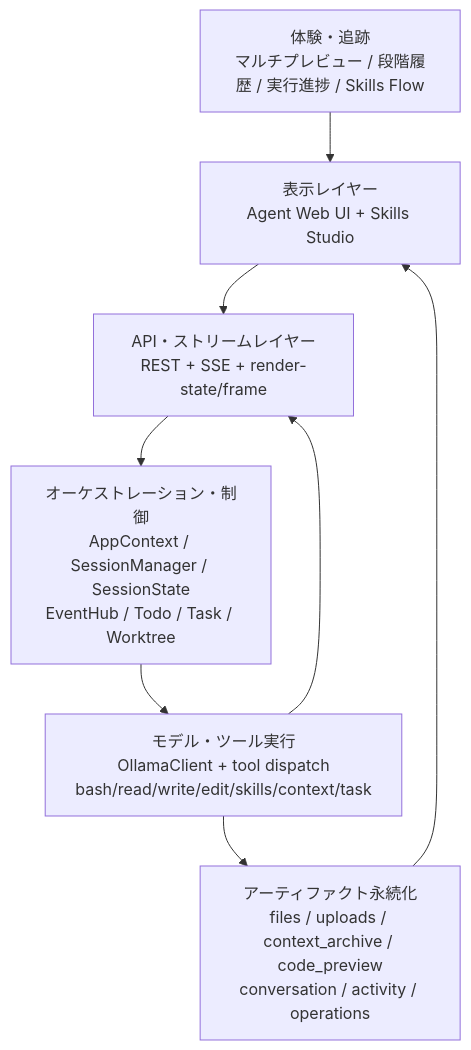
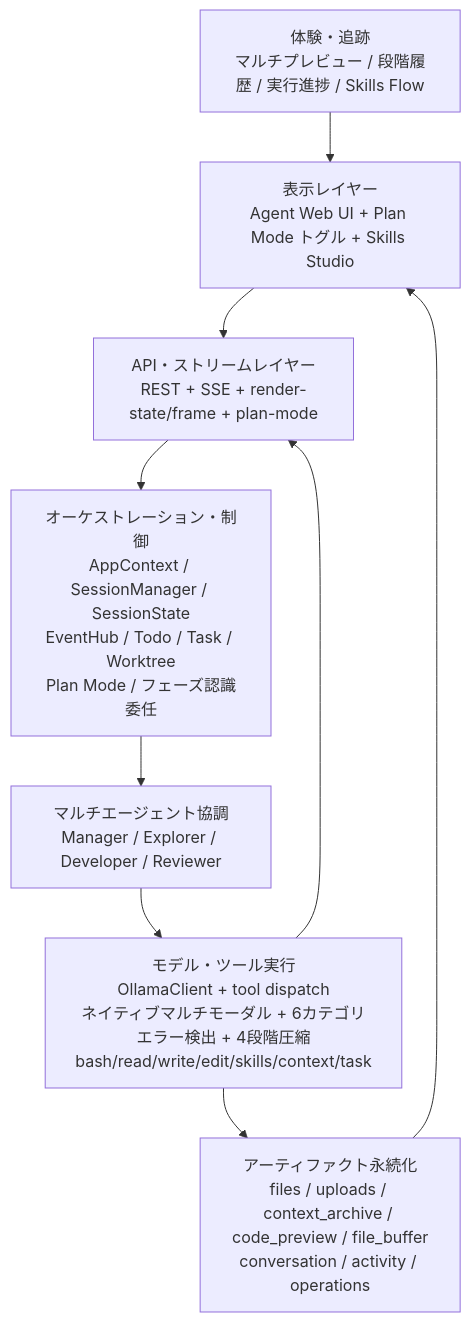
Before and after one commit to FonaTech/Clouds-Coder: the first of 7 diagrams in README-ja.md, drawn with Mermaid. The commit also changed other lines of this file and 3 other files, not shown here.

````diff
--- a/README-ja.md
+++ b/README-ja.md
@@ -146,12 +162,13 @@
 ```mermaid
 flowchart TB
   UX["体験・追跡<br/>マルチプレビュー / 段階履歴 / 実行進捗 / Skills Flow"]
-  UI["表示レイヤー<br/>Agent Web UI + Skills Studio"]
-  API["API・ストリームレイヤー<br/>REST + SSE + render-state/frame"]
-  ORCH["オーケストレーション・制御<br/>AppContext / SessionManager / SessionState<br/>EventHub / Todo / Task / Worktree"]
-  EXEC["モデル・ツール実行<br/>OllamaClient + tool dispatch<br/>bash/read/write/edit/skills/context/task"]
-  DATA["アーティファクト永続化<br/>files / uploads / context_archive / code_preview<br/>conversation / activity / operations"]
-  UX --> UI --> API --> ORCH --> EXEC --> DATA
+  UI["表示レイヤー<br/>Agent Web UI + Plan Mode トグル + Skills Studio"]
+  API["API・ストリームレイヤー<br/>REST + SSE + render-state/frame + plan-mode"]
+  ORCH["オーケストレーション・制御<br/>AppContext / SessionManager / SessionState<br/>EventHub / Todo / Task / Worktree<br/>Plan Mode / フェーズ認識委任"]
+  AGENT["マルチエージェント協調<br/>Manager / Explorer / Developer / Reviewer"]
+  EXEC["モデル・ツール実行<br/>OllamaClient + tool dispatch<br/>ネイティブマルチモーダル + 6カテゴリエラー検出 + 4段階圧縮<br/>bash/read/write/edit/skills/context/task"]
+  DATA["アーティファクト永続化<br/>files / uploads / context_archive / code_preview / file_buffer<br/>conversation / activity / operations"]
+  UX --> UI --> API --> ORCH --> AGENT --> EXEC --> DATA
   EXEC --> API
   DATA --> UI
 ```
````
